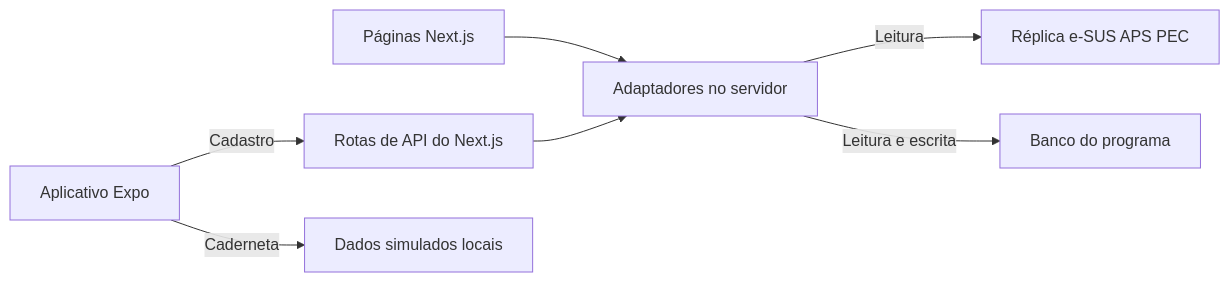
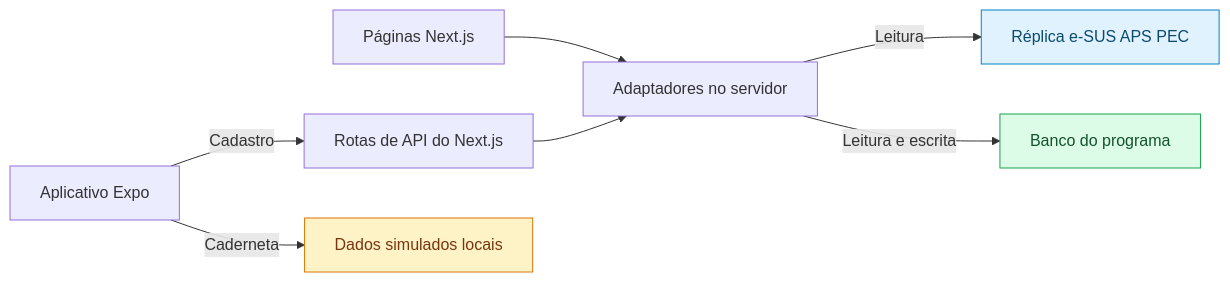
One commit to ayanliger/mae-salvador-mvp changed the diagram in README.md. Above: the diagram before and after it, drawn with Mermaid. The commit also changed other lines of this file, not shown here.

````diff
--- a/README.md
+++ b/README.md
@@ -62,9 +65,16 @@
 ```mermaid
 flowchart LR
     Dashboard["Páginas Next.js"] --> Dados["Adaptadores no servidor"]
     Mobile["Aplicativo Expo"] -->|"Cadastro"| API["Rotas de API do Next.js"]
     Mobile -->|"Caderneta"| Mocks["Dados simulados locais"]
     API --> Dados
     Dados -->|"Leitura"| PEC["Réplica e-SUS APS PEC"]
     Dados -->|"Leitura e escrita"| Programa["Banco do programa"]
+
+    classDef mock fill:#fef3c7,stroke:#d97706,color:#78350f
+    classDef readonly fill:#e0f2fe,stroke:#0284c7,color:#0c4a6e
+    classDef readwrite fill:#dcfce7,stroke:#16a34a,color:#14532d
+    class Mocks mock
+    class PEC readonly
+    class Programa readwrite
 ```
````
